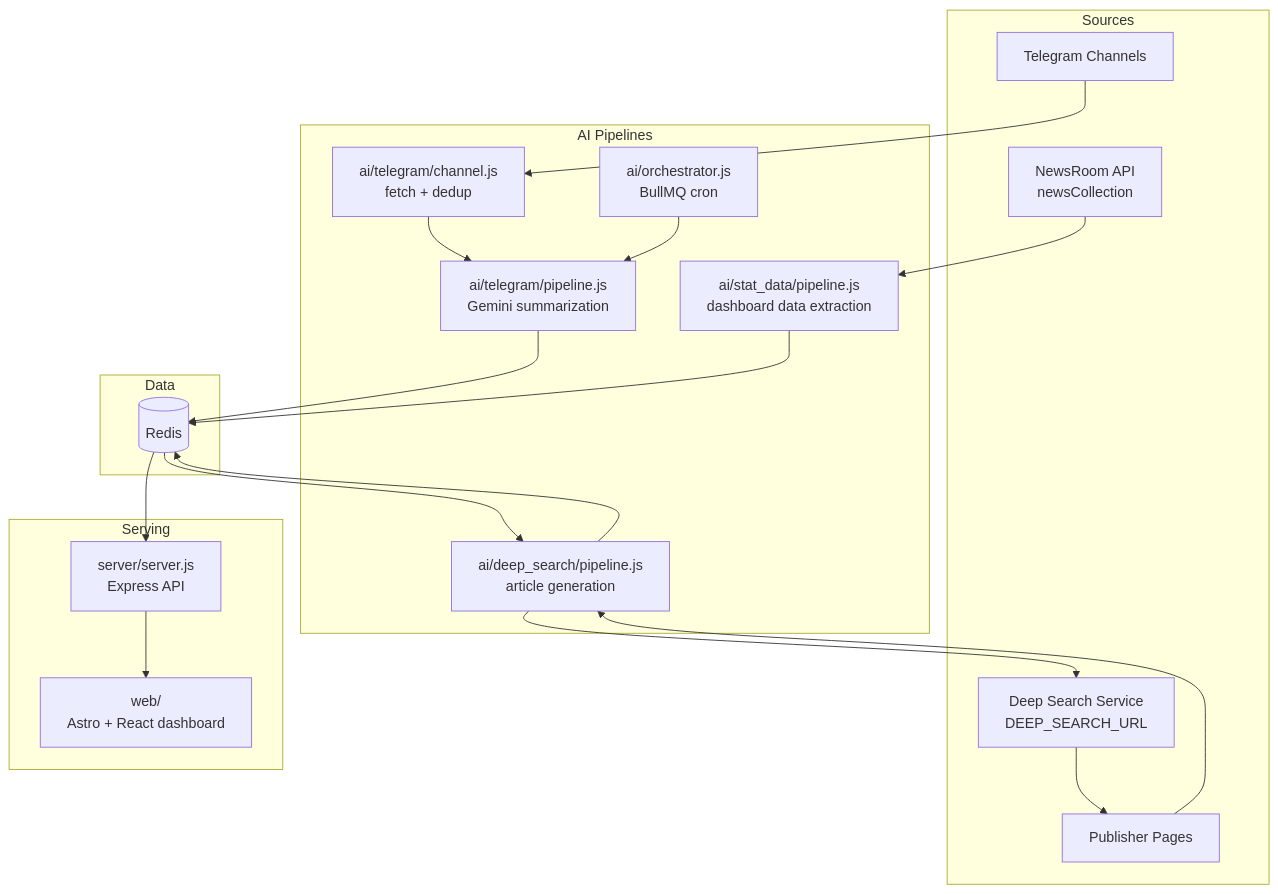
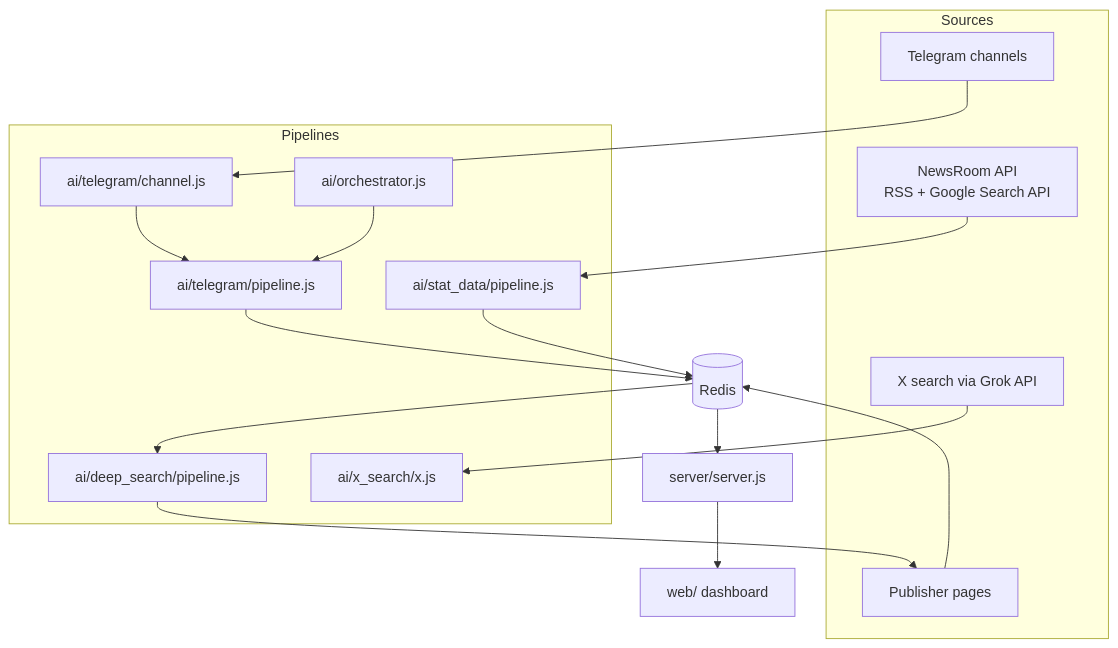
Before and after one commit to aneeshpatne/Intel: the diagram in README.md, drawn with Mermaid. The commit also changed other lines of this file, not shown here.

Commit message:
Revise README to enhance clarity on project structure and functionality; update descriptions for components and data flows

````diff
--- a/README.md
+++ b/README.md
@@ -27,33 +41,29 @@
 ```mermaid
 flowchart TD
   subgraph Sources
-    TG["Telegram Channels"]
-    NR["NewsRoom API<br/>newsCollection"]
-    DS["Deep Search Service<br/>DEEP_SEARCH_URL"]
-    PUB["Publisher Pages"]
+    TG["Telegram channels"]
+    X["X search via Grok API"]
+    NR["NewsRoom API<br/>RSS + Google Search API"]
+    PUB["Publisher pages"]
   end
 
-  subgraph AI["AI Pipelines"]
-    TCH["ai/telegram/channel.js<br/>fetch + dedup"]
-    TPIPE["ai/telegram/pipeline.js<br/>Gemini summarization"]
-    SD["ai/stat_data/pipeline.js<br/>dashboard data extraction"]
-    DSR["ai/deep_search/pipeline.js<br/>article generation"]
-    ORCH["ai/orchestrator.js<br/>BullMQ cron"]
+  subgraph Pipelines
+    T1["ai/telegram/channel.js"]
+    T2["ai/telegram/pipeline.js"]
+    S1["ai/stat_data/pipeline.js"]
+    D1["ai/deep_search/pipeline.js"]
+    X1["ai/x_search/x.js"]
+    O1["ai/orchestrator.js"]
   end
 
-  subgraph Data
-    R[("Redis")]
-  end
+  R[("Redis")]
+  API["server/server.js"]
+  WEB["web/ dashboard"]
 
-  subgraph Serving
-    API["server/server.js<br/>Express API"]
-    WEB["web/<br/>Astro + React dashboard"]
-  end
-
-  TG --> TCH --> TPIPE --> R
-  ORCH --> TPIPE
-  NR --> SD --> R
-  R --> DSR
-  DSR --> DS --> PUB --> DSR --> R
+  TG --> T1 --> T2 --> R
+  NR --> S1 --> R
+  R --> D1 --> PUB --> R
+  X --> X1
+  O1 --> T2
   R --> API --> WEB
 ```
````
